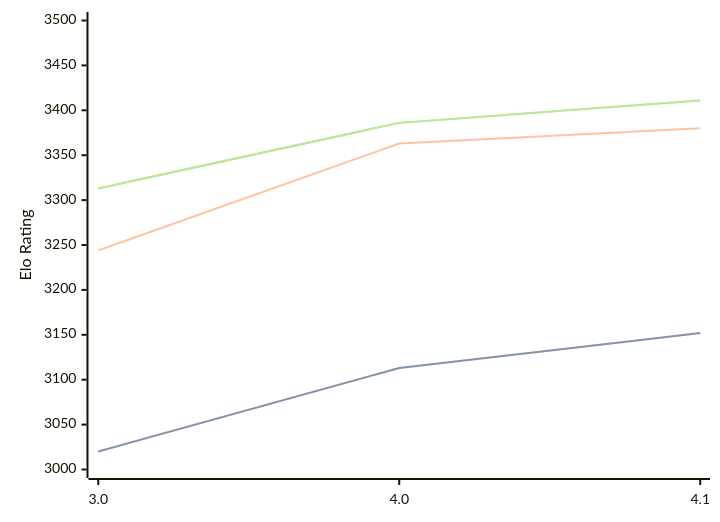
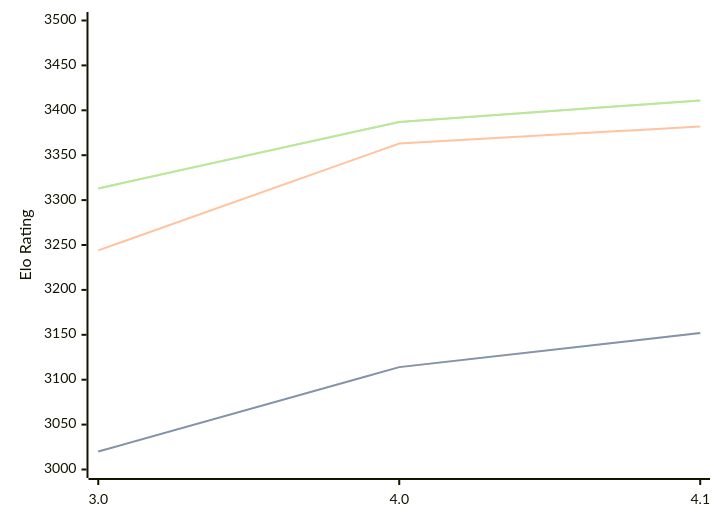
One commit to computer-chess-index/cci changed the third of 3 diagrams in engines/Eleanor.md. Above: the diagram before and after it, drawn with Mermaid. The commit also changed other lines of this file, not shown here.

Commit message:
Update CCI Ratings (ELO VLTC) - 2026-07-14

````diff
--- a/engines/Eleanor.md
+++ b/engines/Eleanor.md
@@ -68,11 +68,11 @@
 ```mermaid
 %%{init: {"theme":"base","themeVariables":{"seriesColors:['#a3a3a3','#222221','#faa371']}}}%%
 xychart-beta
   x-axis ["3.0", "4.0", "4.1"]
   y-axis "Elo Rating" 3000 --> 3500
-  line "STC (8.0+0.08s)" [3020, 3113, 3152]
-  line "STC (8.0+0.08s)" [3020, 3113, 3152]
-  line "LTC (60.0+0.60s)" [3244, 3363, 3380]
-  line "VLTC (2m24s+1.12s)" [3313, 3386, 3411]
-  line "VLTC (2m24s+1.12s)" [3313, 3386, 3411]
+  line "STC (8.0+0.08s)" [3020, 3114, 3152]
+  line "STC (8.0+0.08s)" [3020, 3114, 3152]
+  line "LTC (60.0+0.60s)" [3244, 3363, 3382]
+  line "VLTC (2m24s+1.12s)" [3313, 3387, 3411]
+  line "VLTC (2m24s+1.12s)" [3313, 3387, 3411]
 ```
````
